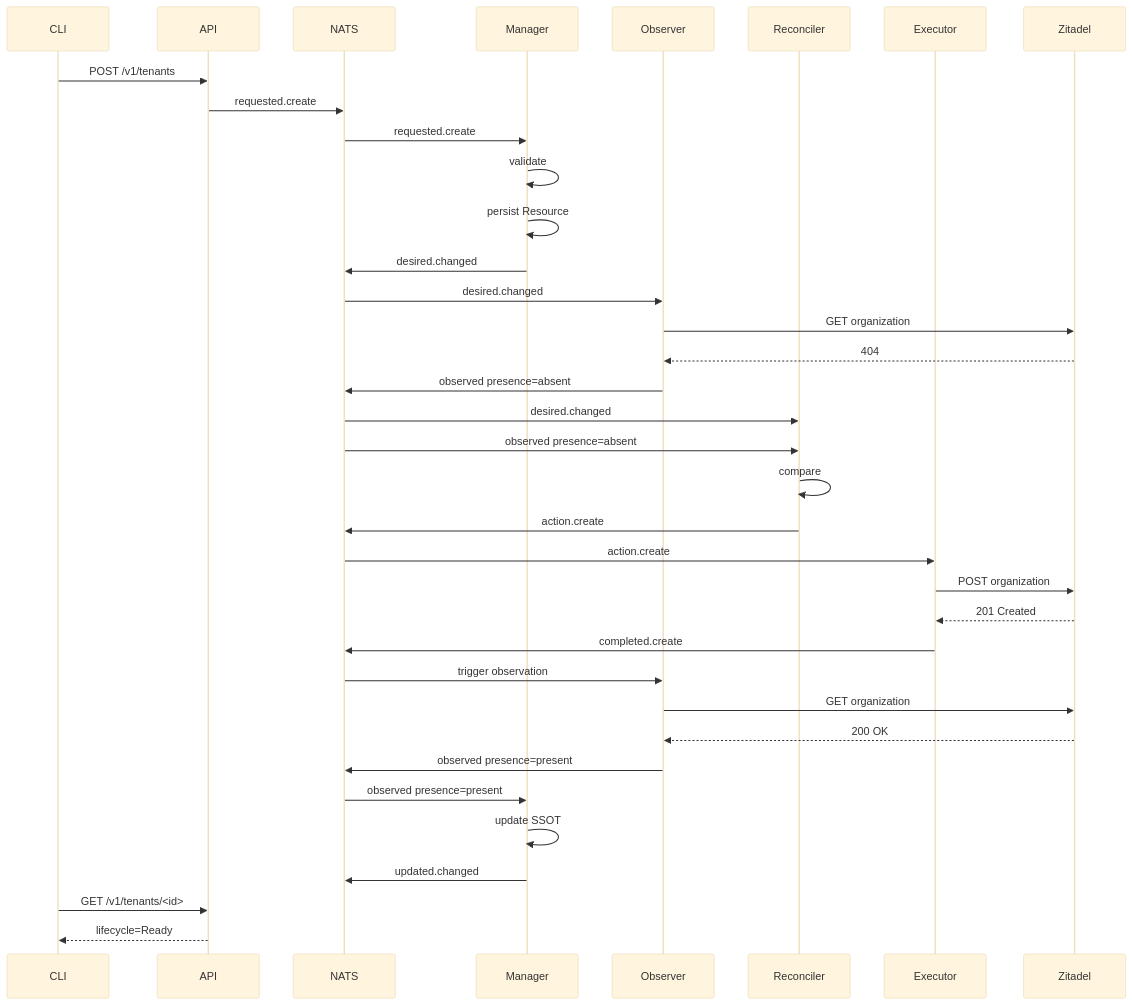
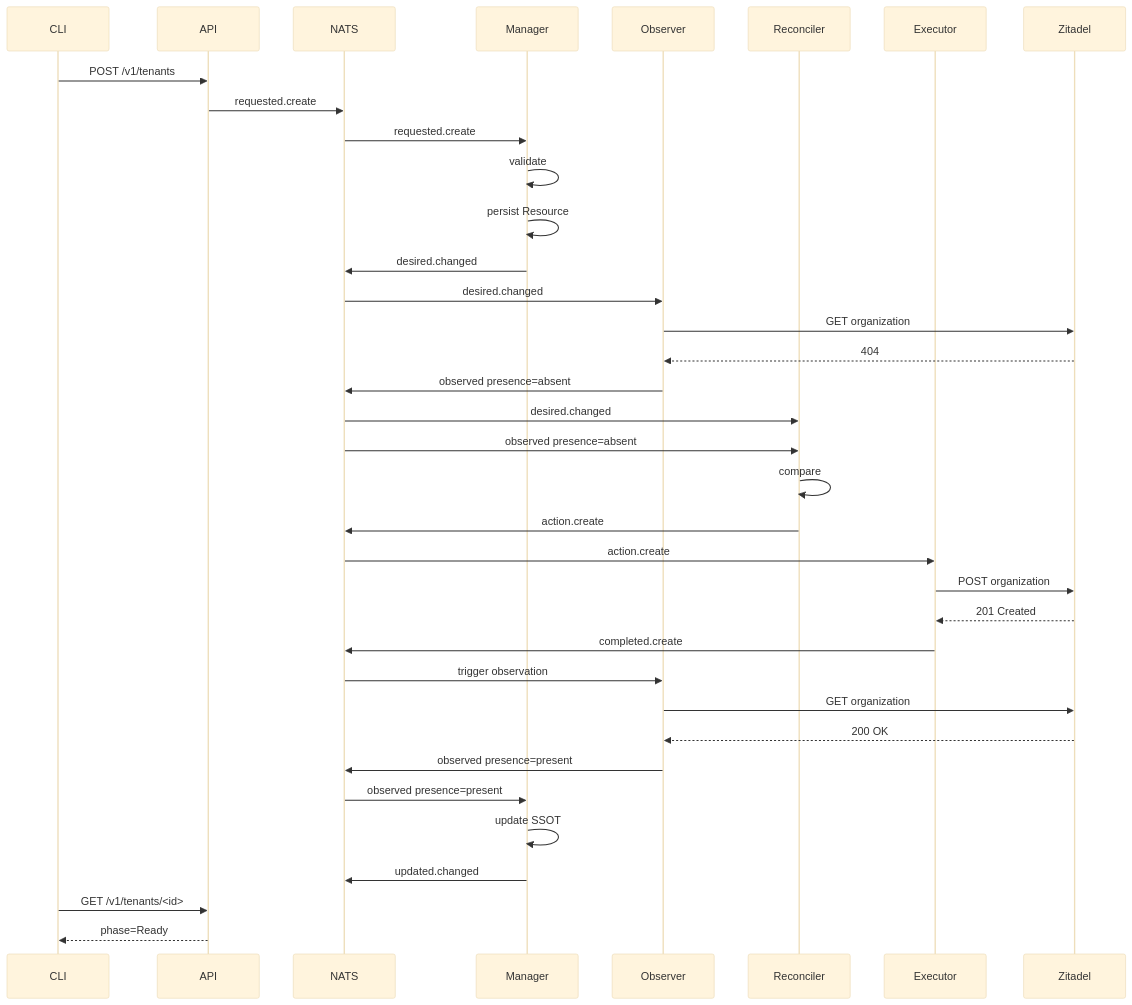
Before and after one commit to danielsabatini/smarkee: diagram 13 of 18 in docs/RESOURCE-CONTROL-LOOP.md, drawn with Mermaid (base theme). The commit also changed other lines of this file and 2 other files, not shown here.

Commit message:
docs: alinhar vocabulario phase/lifecycle/presence e referencias ao SCHEMA

````diff
--- a/docs/RESOURCE-CONTROL-LOOP.md
+++ b/docs/RESOURCE-CONTROL-LOOP.md
@@ -896,48 +898,48 @@
 ```mermaid
 sequenceDiagram
 
     participant CLI
     participant API
     participant NATS
     participant Manager
     participant Observer
     participant Reconciler
     participant Executor
     participant Zitadel
 
     CLI->>API: POST /v1/tenants
     API->>NATS: requested.create
 
     NATS->>Manager: requested.create
     Manager->>Manager: validate
     Manager->>Manager: persist Resource
     Manager->>NATS: desired.changed
 
     NATS->>Observer: desired.changed
     Observer->>Zitadel: GET organization
     Zitadel-->>Observer: 404
     Observer->>NATS: observed presence=absent
 
     NATS->>Reconciler: desired.changed
     NATS->>Reconciler: observed presence=absent
 
     Reconciler->>Reconciler: compare
     Reconciler->>NATS: action.create
 
     NATS->>Executor: action.create
     Executor->>Zitadel: POST organization
     Zitadel-->>Executor: 201 Created
     Executor->>NATS: completed.create
 
     NATS->>Observer: trigger observation
     Observer->>Zitadel: GET organization
     Zitadel-->>Observer: 200 OK
     Observer->>NATS: observed presence=present
 
     NATS->>Manager: observed presence=present
     Manager->>Manager: update SSOT
     Manager->>NATS: updated.changed
 
     CLI->>API: GET /v1/tenants/<id>
-    API-->>CLI: lifecycle=Ready
+    API-->>CLI: phase=Ready
 ```
````
